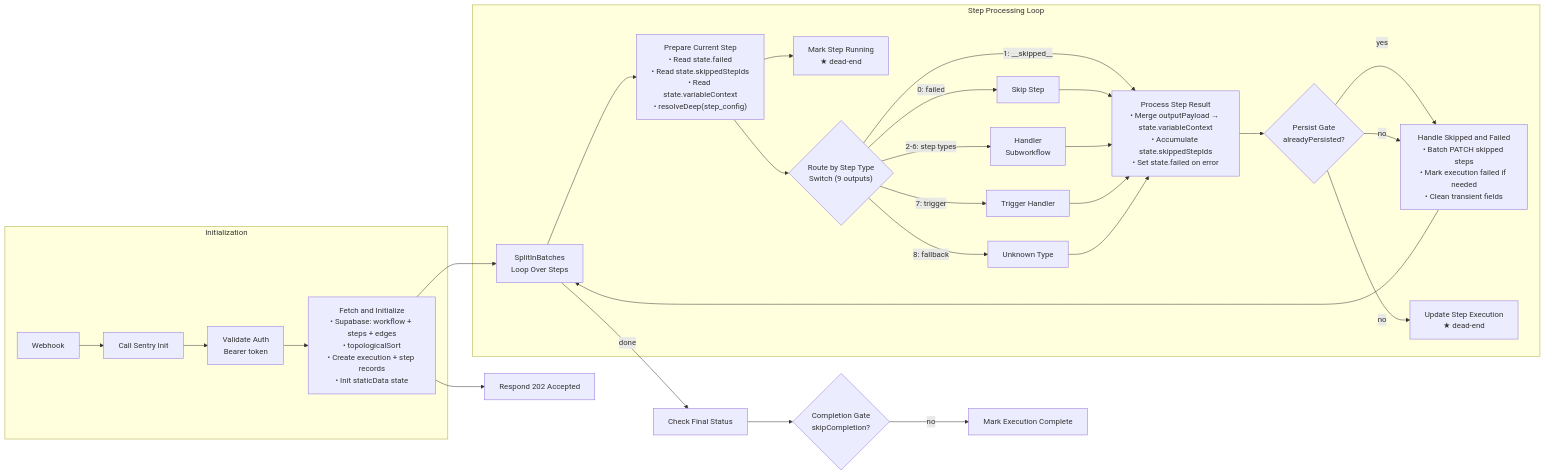
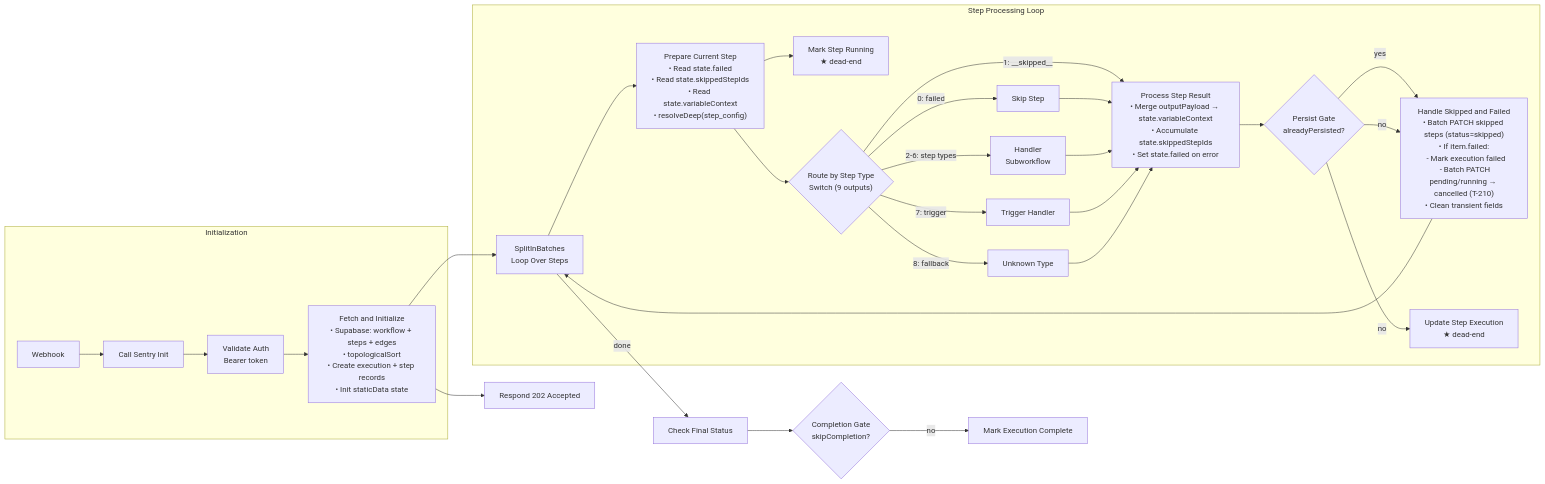
One commit to marcinjucha/agency changed the second of 12 diagrams in docs/guides/workflow/WORKFLOW_DIAGRAMS.md. Above: the diagram before and after it, drawn with Mermaid. The commit also changed other lines of this file and 1 other file, not shown here.

Commit message:
docs(workflows): add retry flow diagrams + update DB schema, API routes, retry engine section (T-210)

````diff
--- a/docs/guides/workflow/WORKFLOW_DIAGRAMS.md
+++ b/docs/guides/workflow/WORKFLOW_DIAGRAMS.md
@@ -64,44 +64,44 @@
 ```mermaid
 flowchart LR
     subgraph Init["Initialization"]
         WH[Webhook] --> SI[Call Sentry Init]
         SI --> VA[Validate Auth<br/>Bearer token]
         VA --> FI["Fetch and Initialize<br/>• Supabase: workflow + steps + edges<br/>• topologicalSort<br/>• Create execution + step records<br/>• Init staticData state"]
     end
 
     FI --> R202[Respond 202 Accepted]
     FI --> LOOP[SplitInBatches<br/>Loop Over Steps]
 
     subgraph StepLoop["Step Processing Loop"]
         LOOP --> PCS["Prepare Current Step<br/>• Read state.failed<br/>• Read state.skippedStepIds<br/>• Read state.variableContext<br/>• resolveDeep(step_config)"]
 
         PCS --> MSR[Mark Step Running<br/>★ dead-end]
         PCS --> RST{"Route by Step Type<br/>Switch (9 outputs)"}
 
         RST -->|0: failed| SS[Skip Step]
         RST -->|1: __skipped__| PSR
         RST -->|2-6: step types| HANDLERS[Handler<br/>Subworkflow]
         RST -->|7: trigger| TH[Trigger Handler]
         RST -->|8: fallback| UNK[Unknown Type]
 
         SS --> PSR
         HANDLERS --> PSR
         TH --> PSR
         UNK --> PSR
 
         PSR["Process Step Result<br/>• Merge outputPayload → state.variableContext<br/>• Accumulate state.skippedStepIds<br/>• Set state.failed on error"]
 
         PSR --> PG{"Persist Gate<br/>alreadyPersisted?"}
         PG -->|yes| HSF
         PG -->|no| USE[Update Step Execution<br/>★ dead-end]
         PG -->|no| HSF
 
-        HSF["Handle Skipped and Failed<br/>• Batch PATCH skipped steps<br/>• Mark execution failed if needed<br/>• Clean transient fields"]
+        HSF["Handle Skipped and Failed<br/>• Batch PATCH skipped steps (status=skipped)<br/>• If item.failed:<br/>  - Mark execution failed<br/>  - Batch PATCH pending/running → cancelled (T-210)<br/>• Clean transient fields"]
 
         HSF --> LOOP
     end
 
     LOOP -->|done| CFS[Check Final Status]
     CFS --> CG{"Completion Gate<br/>skipCompletion?"}
     CG -->|no| MEC[Mark Execution Complete]
 ```
````
